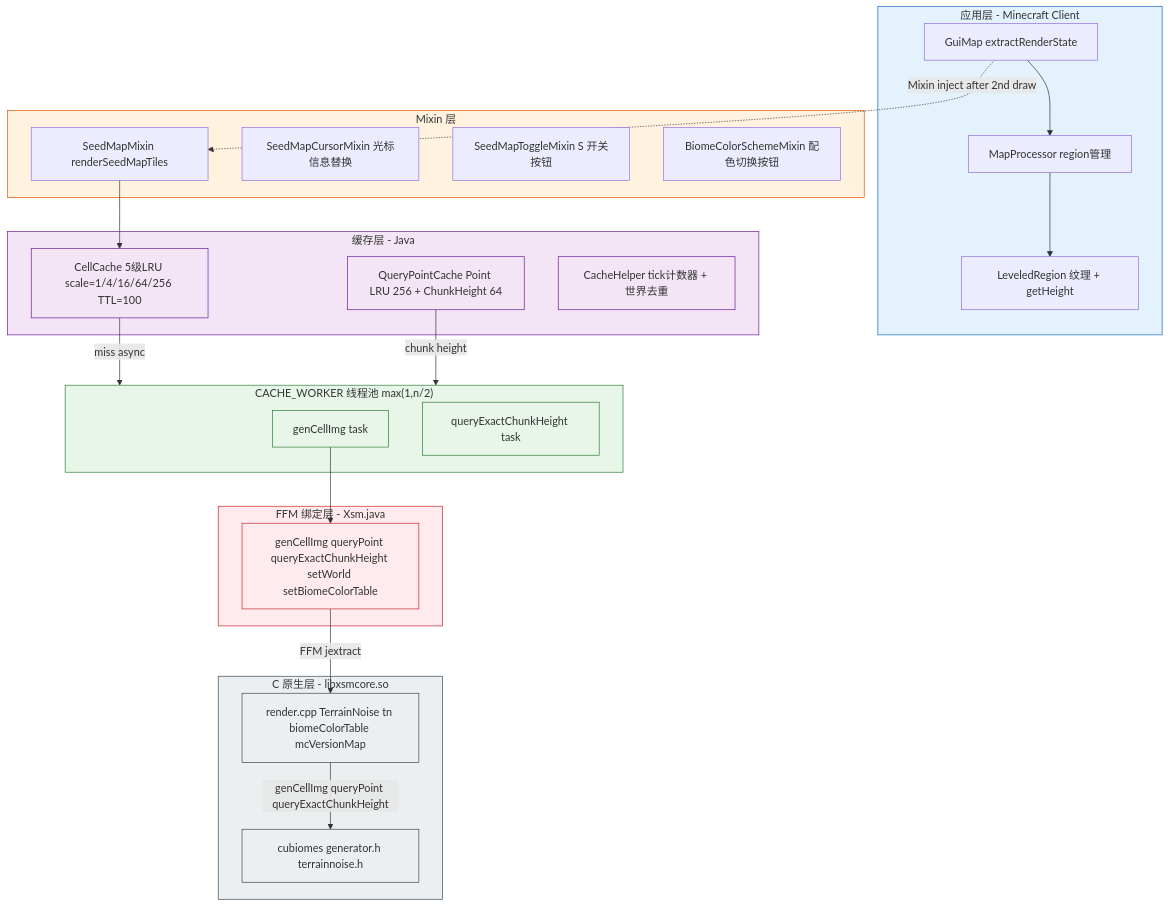
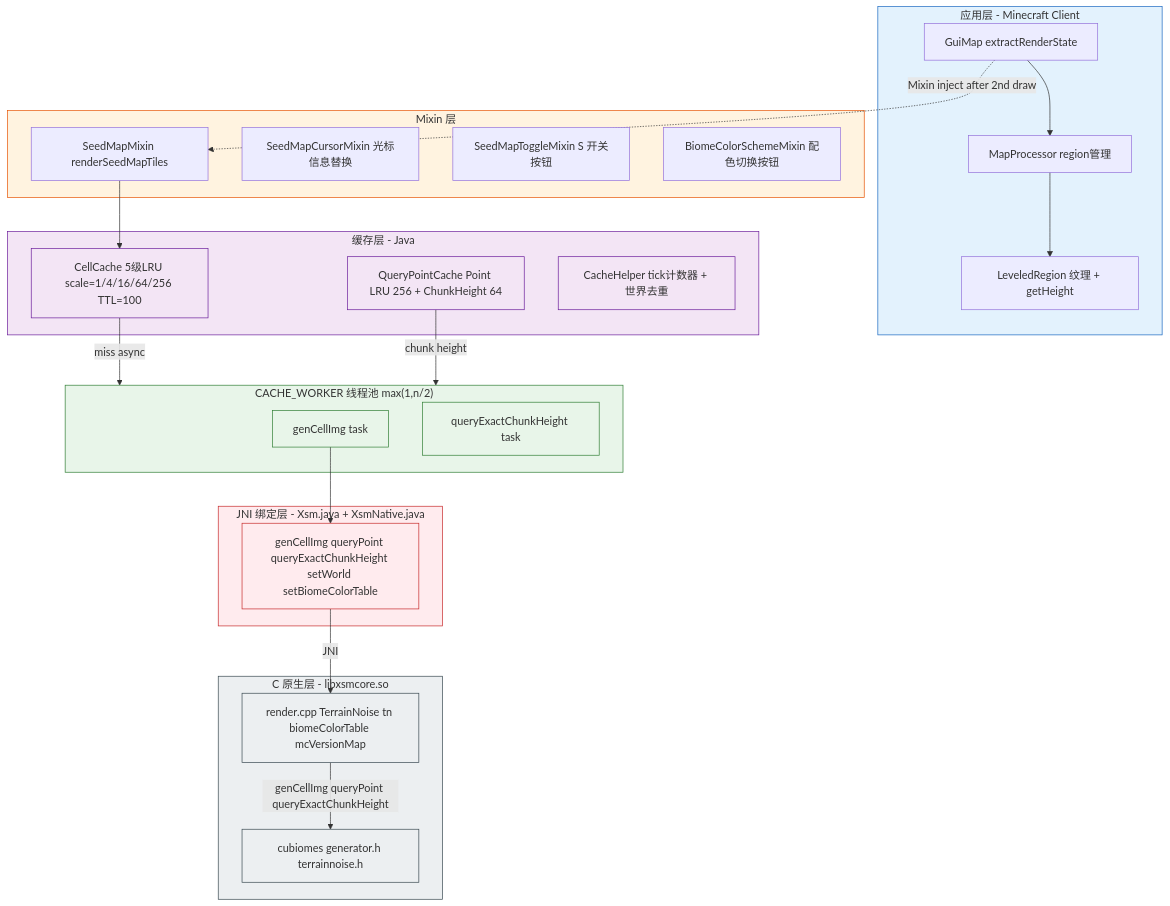
The first of 7 diagrams in doc/arch.md (MineYuanlu/SeedMapForXaero), drawn with Mermaid before and after one commit. The commit also changed other lines of this file and 4 other files, not shown here.

First line of the commit message:
docs: 清理 jextract/FFM 残留描述，对齐双 JAR/多版本现状

````diff
--- a/doc/arch.md
+++ b/doc/arch.md
@@ -5,65 +5,65 @@
 ```mermaid
 flowchart TD
     %% Layer 1: Application
     subgraph App["应用层 - Minecraft Client"]
         GW[GuiMap extractRenderState] --> MP[MapProcessor region管理]
         MP --> LR[LeveledRegion 纹理 + getHeight]
     end
 
     %% Mixin injection
     GW -.->|Mixin inject after 2nd draw| SM
 
     %% Layer 2: Mixin
     subgraph Mixin["Mixin 层"]
         SM[SeedMapMixin renderSeedMapTiles]
         SC[SeedMapCursorMixin 光标信息替换]
         ST[SeedMapToggleMixin S 开关按钮]
         BC[BiomeColorSchemeMixin 配色切换按钮]
     end
 
     SM --> CC
 
     %% Layer 3: Cache
     subgraph Cache["缓存层 - Java"]
         CC[CellCache 5级LRU scale=1/4/16/64/256 TTL=100]
         QPC[QueryPointCache Point LRU 256 + ChunkHeight 64]
         CH[CacheHelper tick计数器 + 世界去重]
     end
 
     CC -->|miss async| CW
     QPC -->|chunk height| CW
 
     subgraph CW["CACHE_WORKER 线程池 max(1,n/2)"]
         T1[genCellImg task]
         T2[queryExactChunkHeight task]
     end
 
     T1 --> XSM
 
-    %% Layer 4: FFM
-    subgraph FFM["FFM 绑定层 - Xsm.java"]
+    %% Layer 4: JNI
+    subgraph JNI["JNI 绑定层 - Xsm.java + XsmNative.java"]
         XSM[genCellImg queryPoint queryExactChunkHeight setWorld setBiomeColorTable]
     end
 
-    XSM -->|FFM jextract| RCPP
+    XSM -->|JNI| RCPP
 
     %% Layer 5: C Native
     subgraph Native["C 原生层 - libxsmcore.so"]
         RCPP[render.cpp TerrainNoise tn biomeColorTable mcVersionMap]
         RCPP -->|genCellImg queryPoint queryExactChunkHeight| CUB[cubiomes generator.h terrainnoise.h]
     end
 
     classDef app fill:#E3F2FD,stroke:#1565C0
     classDef mixin fill:#FFF3E0,stroke:#E65100
     classDef cache fill:#F3E5F5,stroke:#6A1B9A
     classDef worker fill:#E8F5E9,stroke:#2E7D32
-    classDef ffm fill:#FFEBEE,stroke:#C62828
+    classDef jni fill:#FFEBEE,stroke:#C62828
     classDef native fill:#ECEFF1,stroke:#37474F
 
     class App app
     class Mixin mixin
     class Cache,CC,QPC,CH cache
     class CW,T1,T2 worker
-    class FFM,XSM ffm
+    class JNI,XSM jni
     class Native,RCPP,CUB native
 ```
````
